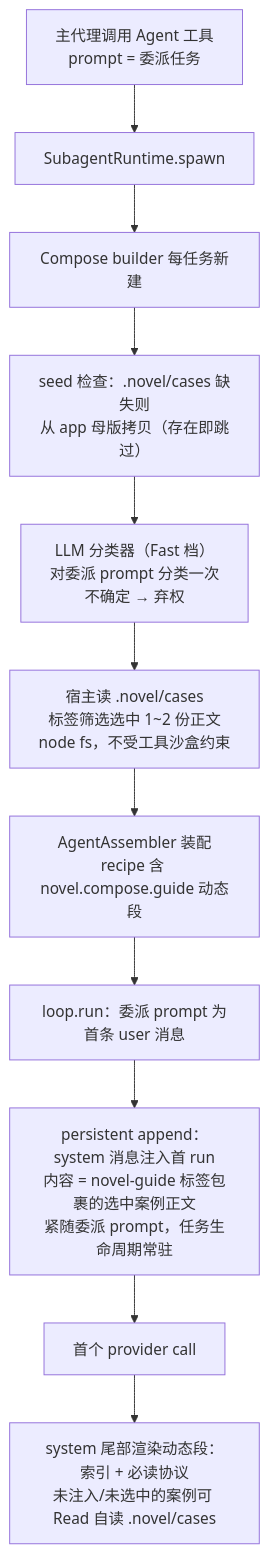
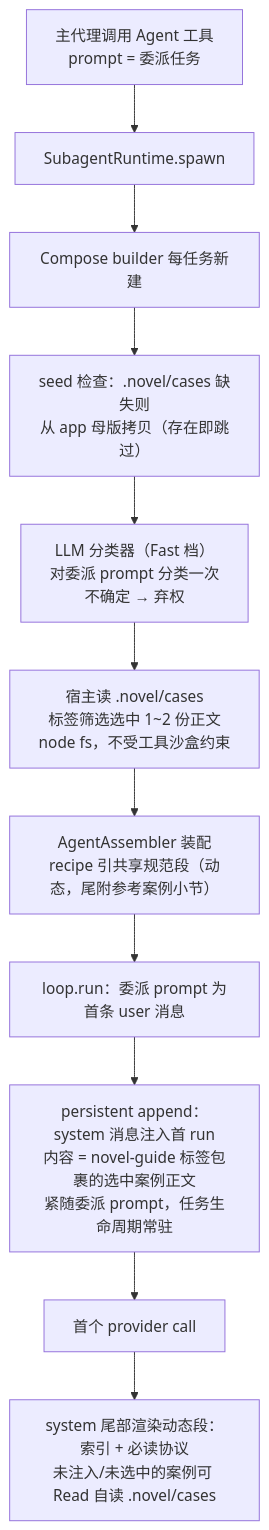
Before and after one commit to fanghuarunbalala/nova-writing: the first of 2 diagrams in docs/PRD/compose-案例引导.md, drawn with Mermaid. The commit also changed other lines of this file and 22 other files, not shown here.

````diff
--- a/docs/PRD/compose-案例引导.md
+++ b/docs/PRD/compose-案例引导.md
@@ -32,13 +32,13 @@
 ```mermaid
 flowchart TD
     A[主代理调用 Agent 工具<br/>prompt = 委派任务] --> B[SubagentRuntime.spawn]
     B --> C[Compose builder 每任务新建]
     C --> D[seed 检查：.novel/cases 缺失则<br/>从 app 母版拷贝（存在即跳过）]
     D --> E[LLM 分类器（Fast 档）<br/>对委派 prompt 分类一次<br/>不确定 → 弃权]
     E --> F[宿主读 .novel/cases<br/>标签筛选选中 1~2 份正文<br/>node fs，不受工具沙盒约束]
-    F --> G[AgentAssembler 装配<br/>recipe 含 novel.compose.guide 动态段]
+    F --> G[AgentAssembler 装配<br/>recipe 引共享规范段（动态，尾附参考案例小节）]
     G --> H[loop.run：委派 prompt 为首条 user 消息]
     H --> I[persistent append：system 消息注入首 run<br/>内容 = novel-guide 标签包裹的选中案例正文<br/>紧随委派 prompt，任务生命周期常驻]
     I --> J[首个 provider call]
     J --> K[system 尾部渲染动态段：索引 + 必读协议<br/>未注入/未选中的案例可 Read 自读 .novel/cases]
 ```
````
